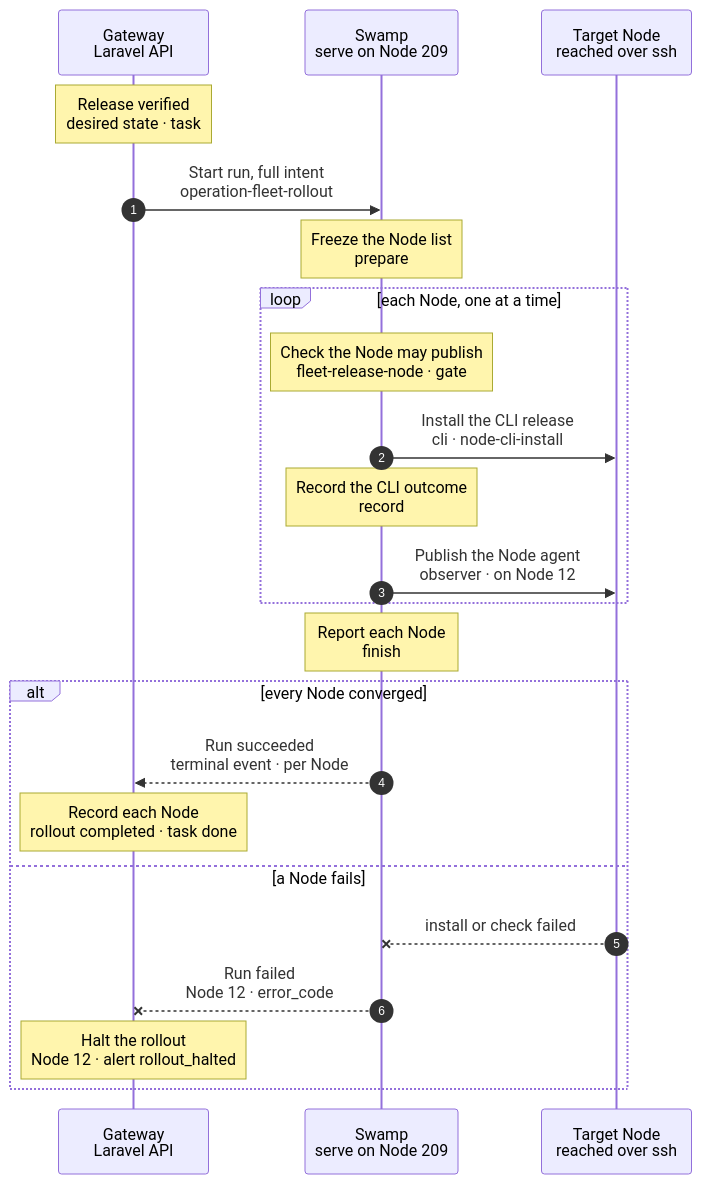
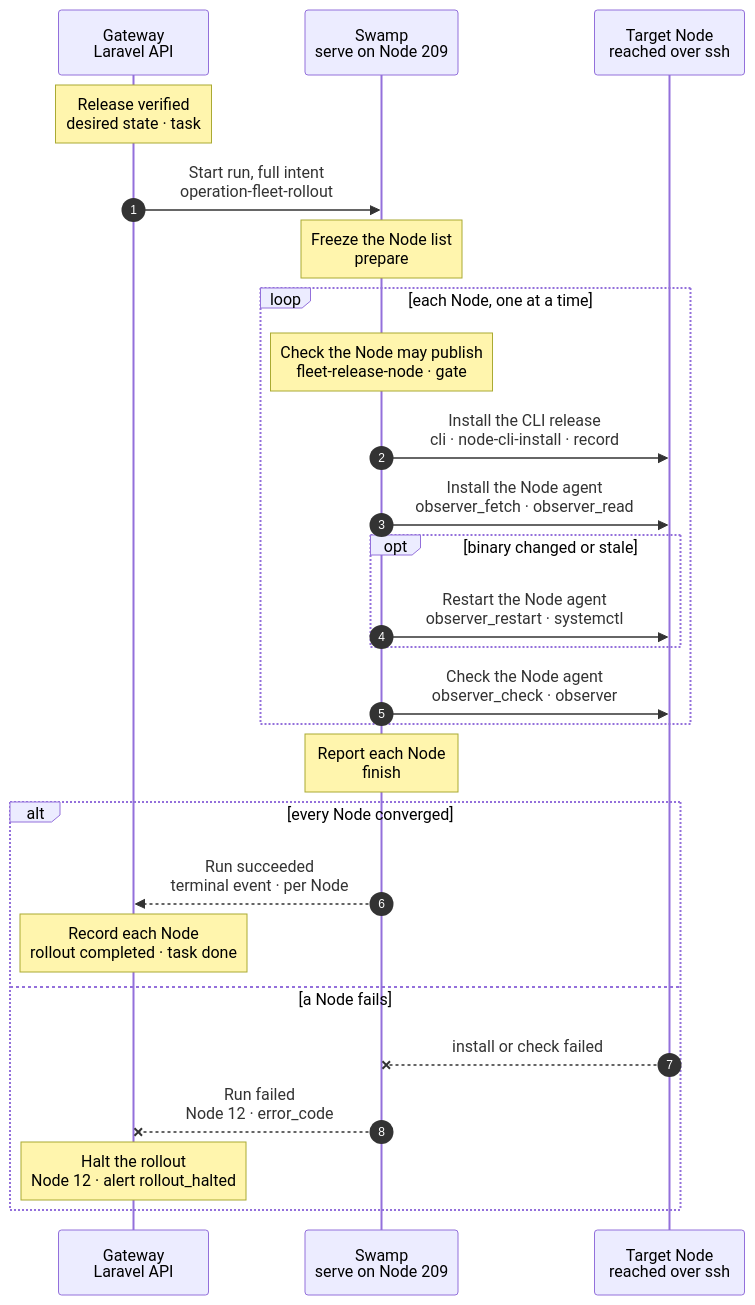
Before and after one commit to hardimpactdev/orbit: the diagram in docs/cli/fleet/rollout.mmd, drawn with Mermaid. The commit also changed 19 other files, not shown here.

First line of the commit message:
refactor(fleet): rollout publishes the observer from 209 with official cfgmgmt (rule 22)

```diff
--- a/docs/cli/fleet/rollout.mmd
+++ b/docs/cli/fleet/rollout.mmd
@@ -1,96 +1,106 @@
 sequenceDiagram
   %% Target design: ADR 0244 task, DECISIONS R1-R4, agent-frozen-until-swamp-port, single-swamp-node. docs/reference/gateway-recovery.md#fleet-rollout.
   %% Tightened: flow-tighten 2026-11-02, rule 22 (cfgmgmt fetch and link name the install steps).
-  %% Real steps 2026-11-02: prepare, node-N (fleet-release-node: gate, cli, record, observer), finish.
+  %% Real steps 2026-11-02: prepare, node-N (fleet-release-node: gate, cli, record, observer_fetch, observer_read, observer_restart, observer_check, observer), finish.
   %% status: draft
   %% command: none · after each verified Gateway release
   %% kind: fleet.rollout
   autonumber
   %% lane GW icon=gateway pill=intent tone=blue
   %% lane SW icon=workflow pill=executes tone=green
   %% lane N icon=server pill=target tone=amber
   participant GW as Gateway<br/>Laravel API
   participant SW as Swamp<br/>serve on Node 209
   participant N as Target Node<br/>reached over ssh
   Note over GW: Release verified<br/>desired state · task #5160
   %%> When:
   %%> - right after the Gateway verified a release, while `ORBIT_FLEET_ROLLOUT=true`
   %%> - again when CI publishes a CLI release that was missing, or after `fleet:rollout:resume`
   %%> Not included:
   %%> - no command starts it; `fleet:rollout:status` shows it, `fleet:rollout:resume` resumes it after a halt
   %%> - no per-minute Swamp poll admits it; the release itself is the trigger
   %%> Requirements:
   %%> - no other rollout is running or halted
   %%> - the CLI release of the commit is published, or an ancestor's release stands in after 30 minutes
   %%> What it decides:
   %%> - the desired state: the CLI release with the SHA-256 of each binary, and the Node agent pin with its digests
   %%> - the rollout set and order: active managed Linux Nodes with roles; task sandboxes, macOS Nodes, roleless Nodes and the Gateway's own Node stay out
   %%> Result:
   %%> - task #5160 recorded with the full intent; nothing has happened on a Node yet
   GW->>SW: Start run, full intent<br/>operation-fleet-rollout
   %%> What it does:
   %%> - starts one Swamp run on serve (Node 209) for the whole rollout set
   %%> Inputs:
   %%> - the Nodes in order, each with its address and SSH host keys; the SSH identity comes from the `swamp` role
   %%> - the CLI release URL and digests, and the Node agent pin
   Note over SW: Freeze the Node list<br/>prepare
   %%> What it does:
   %%> - reads the admitted intent once and records the Nodes in order
   %%> Runs as:
   %%> - a step on Node 209
   loop each Node, one at a time
     Note over SW: Check the Node may publish<br/>fleet-release-node · gate
     %%> What it does:
     %%> - the `fleet-release-node` child starts on Node 209; its `gate` step checks that every earlier Node succeeded, that the task is not cancelled, and that the Node's window is open
     %%> - a skipped Node, a planning error or a closed window records the outcome without touching the Node
     %%> Why:
     %%> - the loop runs one Node at a time, so a failed Node stops every later one
-    SW->>N: Install the CLI release<br/>cli · node-cli-install
+    SW->>N: Install the CLI release<br/>cli · node-cli-install · record
     %%> How:
     %%> - Swamp reaches Node 12 over SSH from 209, with `@swamp/ssh` and the admitted host keys
     %%> What it does:
     %%> - reads `orbit --version`; a Node that runs this release, a newer one, or a commit build keeps it
     %%> - otherwise downloads the release with `@swamp/cfgmgmt/fetch` and its `checksum`, checks the new file reports the release version, and switches the link with `@swamp/cfgmgmt/link`
     %%> - a file that does not report a valid Orbit version is replaced by the admitted release
     %%> - writes root's profile, 0600, with `@swamp/cfgmgmt/file`
-    Note over SW: Record the CLI outcome<br/>record
-    %%> What it does:
-    %%> - the `record` step on Node 209 records `converged` or `unchanged` with the CLI version, or `cli.install_failed`
-    SW->>N: Publish the Node agent<br/>observer · on Node 12
+    %%> - the `record` step on Node 209 then records `converged` or `unchanged` with the CLI version, or `cli.install_failed`
+    SW->>N: Install the Node agent<br/>observer_fetch · observer_read
     %%> When:
     %%> - only in a rollout, and only after the Node's CLI succeeded
     %%> What it does:
-    %%> - the `observer` step publishes the pinned observer binary only when its digest differs
+    %%> - `observer_fetch` writes the pinned agent to `/usr/local/bin/orbit-agent` with `@swamp/cfgmgmt/fetch` and its `checksum`, only when its SHA-256 differs
+    %%> - beside it, `observer_read` prints the running service's binary digest with one `@swamp/ssh exec`
     %%> Today:
-    %%> - this step runs on Node 12's own worker, never on Node 209; it moves to `@swamp/cfgmgmt` when the observer delivery is replaced
-    %%> - the Node agent is frozen at its pin, so this step changes nothing
+    %%> - the Node agent is frozen at its pin, so the fetch changes nothing
     %%> Not included:
     %%> - Caddy, DNS, PHP and role files; `node.converge` and `fleet.recipe` own those
+    opt binary changed or stale
+      SW->>N: Restart the Node agent<br/>observer_restart · systemctl
+      %%> When:
+      %%> - the fetch wrote a new binary, or the running digest differs from the pin
+      %%> What it does:
+      %%> - `systemctl restart orbit-agent.service`
+    end
+    SW->>N: Check the Node agent<br/>observer_check · observer
+    %%> What it does:
+    %%> - `observer_check` reads the running digest again; `observer` on Node 209 records the agent version when the pinned digest runs on an active unit
+    %%> Result:
+    %%> - `agent.download_failed`, `agent.restart_failed` or `agent.observer_unhealthy` names the failed part
   end
   Note over SW: Report each Node<br/>finish
   %%> What it does:
   %%> - reads each Node's `observer` output, or its `record` output when no observer ran, and returns one bounded result per Node
   alt every Node converged
     SW-->>GW: Run succeeded<br/>terminal event · per Node
     %%> How the Gateway learns it:
     %%> - its shared run reader sees the terminal event; Swamp never calls the Gateway
     Note over GW: Record each Node<br/>rollout completed · task done
     %%> Result:
     %%> - each Node's outcome on the rollout record; `fleet:rollout:status` shows it
     %%> - unreachable Nodes changed nothing; they stay `pending` for the next catch-up
     %%> - task #5160 succeeds
   else a Node fails
     N--xSW: install or check failed
     %%> When:
     %%> - a download, checksum, version check, link or observer publish fails on Node 12
     SW--xGW: Run failed<br/>Node 12 · error_code
     %%> What it does:
     %%> - Swamp visits no later Node, so one bad release breaks at most one Node
     Note over GW: Halt the rollout<br/>Node 12 · alert rollout_halted
     %%> Result:
     %%> - the rollout is `halted` at Node 12 and raises `rollout_halted`; task #5160 fails
     %%> On the Node:
     %%> - the old CLI link stays when the switch did not happen; there is no rollback
     %%> Retry:
     %%> - fix the cause, then `fleet:rollout:resume` (Node 12 first) or `fleet:rollout:resume --skip=12`; it is a new task
   end
```
